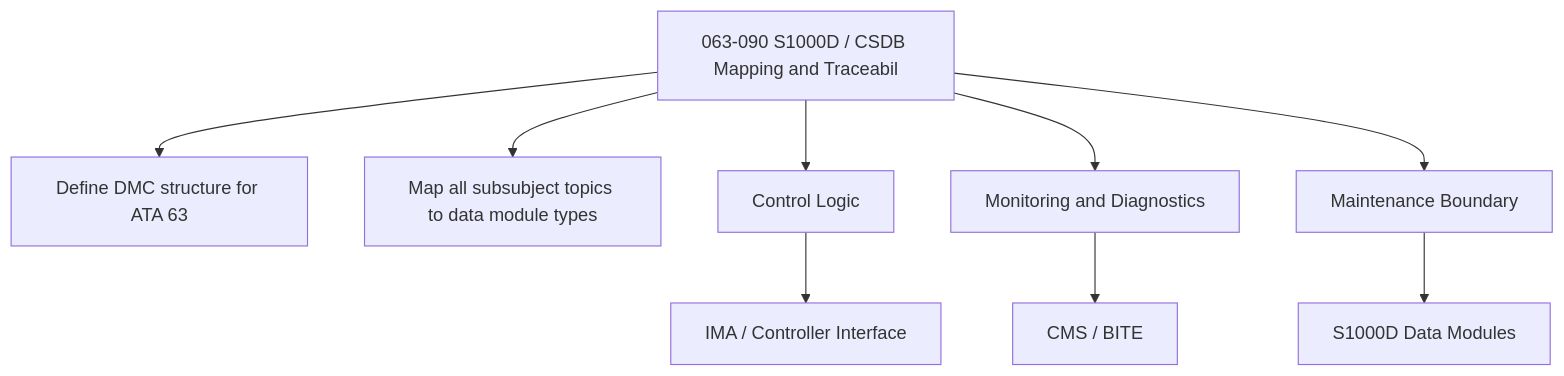
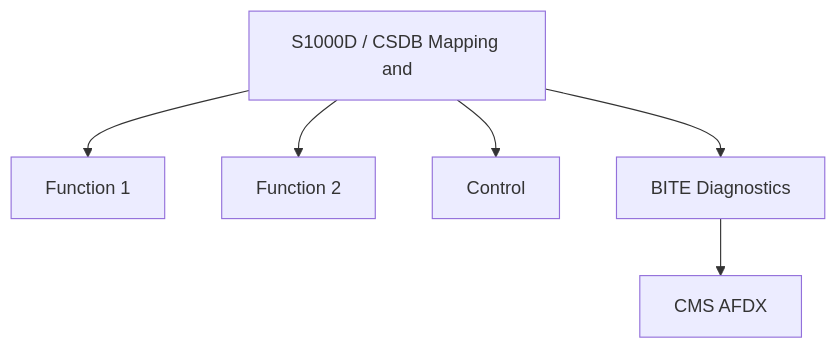
Before and after one commit to AmedeoPelliccia/Qplus-For-All-Queer-People-and-Quantum: the second of 2 diagrams in Q+ATLANTIDE/000-099_ATLAS/060-069_Propulsion-Tradicional/063_Engine-Turbine/063-090-S1000D-CSDB-Mapping-and-Traceability.md, drawn with Mermaid. The commit also changed other lines of this file and 74 other files, not shown here.

````diff
--- a/Q+ATLANTIDE/000-099_ATLAS/060-069_Propulsion-Tradicional/063_Engine-Turbine/063-090-S1000D-CSDB-Mapping-and-Traceability.md
+++ b/Q+ATLANTIDE/000-099_ATLAS/060-069_Propulsion-Tradicional/063_Engine-Turbine/063-090-S1000D-CSDB-Mapping-and-Traceability.md
@@ -172,11 +96,8 @@
 ```mermaid
 flowchart TB
-    SYS[063-090 S1000D / CSDB Mapping and Traceabil] --> F1[Define DMC structure for ATA 63]
-    SYS --> F2[Map all subsubject topics to data module types]
-    SYS --> CTRL[Control Logic]
-    SYS --> MON[Monitoring and Diagnostics]
-    SYS --> MAINT[Maintenance Boundary]
-    CTRL --> IMA[IMA / Controller Interface]
-    MON --> CMS[CMS / BITE]
-    MAINT --> CSDB[S1000D Data Modules]
+    SYS[S1000D / CSDB Mapping and] --> F1[Function 1]
+    SYS --> F2[Function 2]
+    SYS --> CTRL[Control]
+    SYS --> MON[BITE Diagnostics]
+    MON --> CMS[CMS AFDX]
 ```
````
